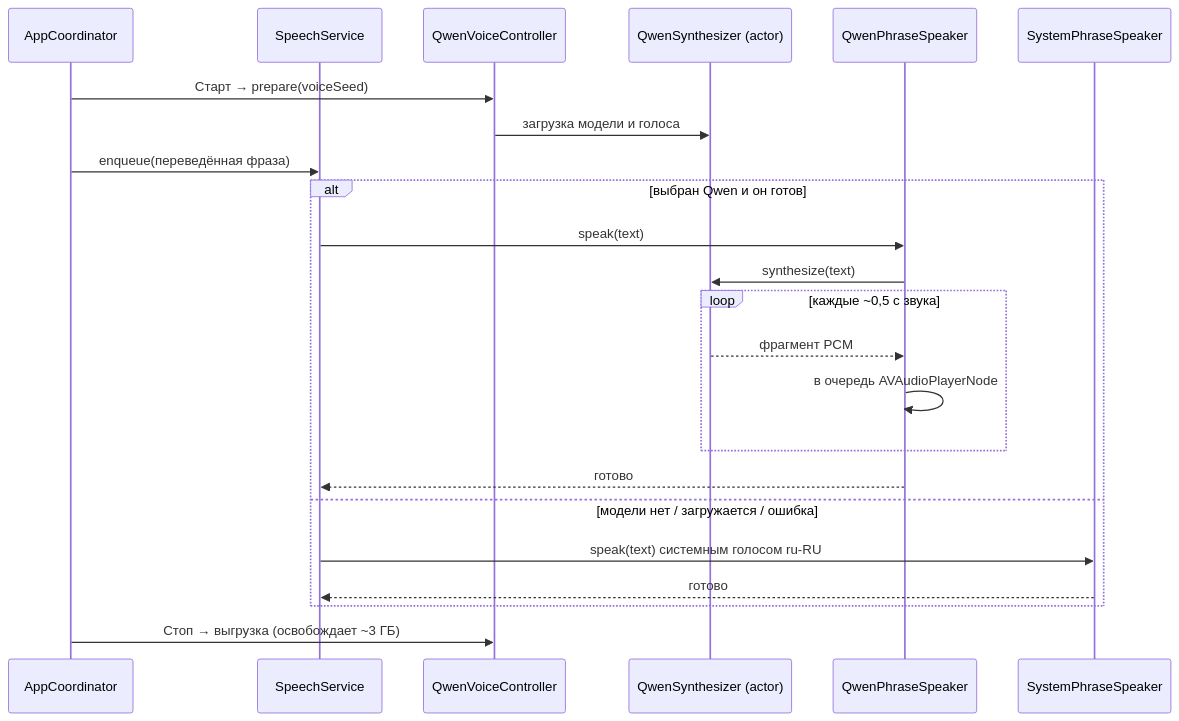
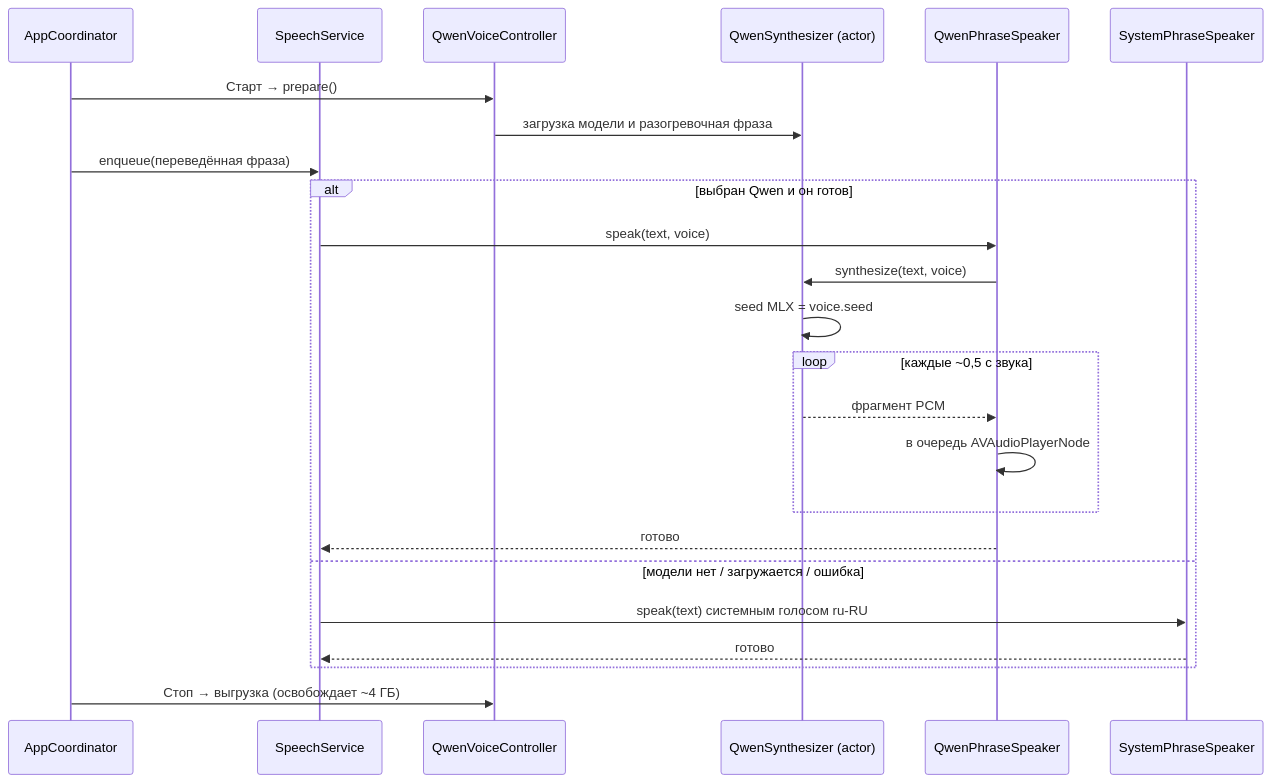
The third of 5 diagrams in README.ru.md (andrew-ignatiev/screen-voice), drawn with Mermaid before and after one commit. The commit also changed other lines of this file and 14 other files, not shown here.

````diff
--- a/README.ru.md
+++ b/README.ru.md
@@ -201,26 +206,27 @@
 ```mermaid
 sequenceDiagram
     participant C as AppCoordinator
     participant S as SpeechService
     participant Q as QwenVoiceController
     participant N as QwenSynthesizer (actor)
     participant P as QwenPhraseSpeaker
     participant Y as SystemPhraseSpeaker
 
-    C->>Q: Старт → prepare(voiceSeed)
-    Q->>N: загрузка модели и голоса
+    C->>Q: Старт → prepare()
+    Q->>N: загрузка модели и разогревочная фраза
     C->>S: enqueue(переведённая фраза)
     alt выбран Qwen и он готов
-        S->>P: speak(text)
-        P->>N: synthesize(text)
+        S->>P: speak(text, voice)
+        P->>N: synthesize(text, voice)
+        N->>N: seed MLX = voice.seed
         loop каждые ~0,5 с звука
             N-->>P: фрагмент PCM
             P->>P: в очередь AVAudioPlayerNode
         end
         P-->>S: готово
     else модели нет / загружается / ошибка
         S->>Y: speak(text) системным голосом ru-RU
         Y-->>S: готово
     end
-    C->>Q: Стоп → выгрузка (освобождает ~3 ГБ)
+    C->>Q: Стоп → выгрузка (освобождает ~4 ГБ)
 ```
````
